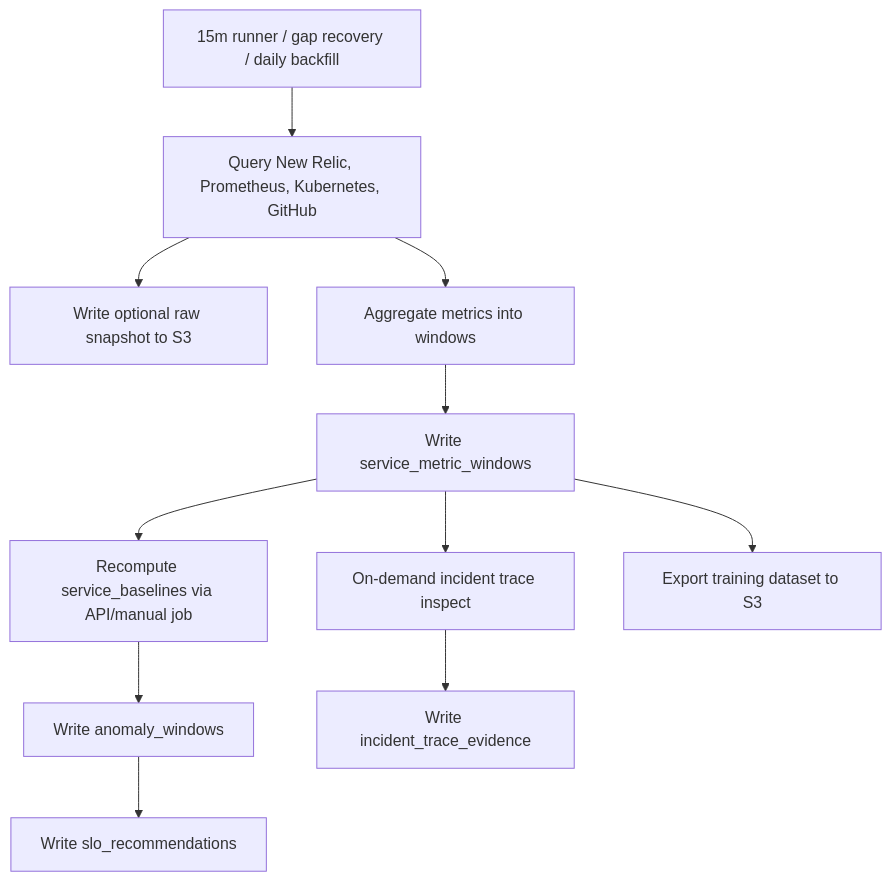
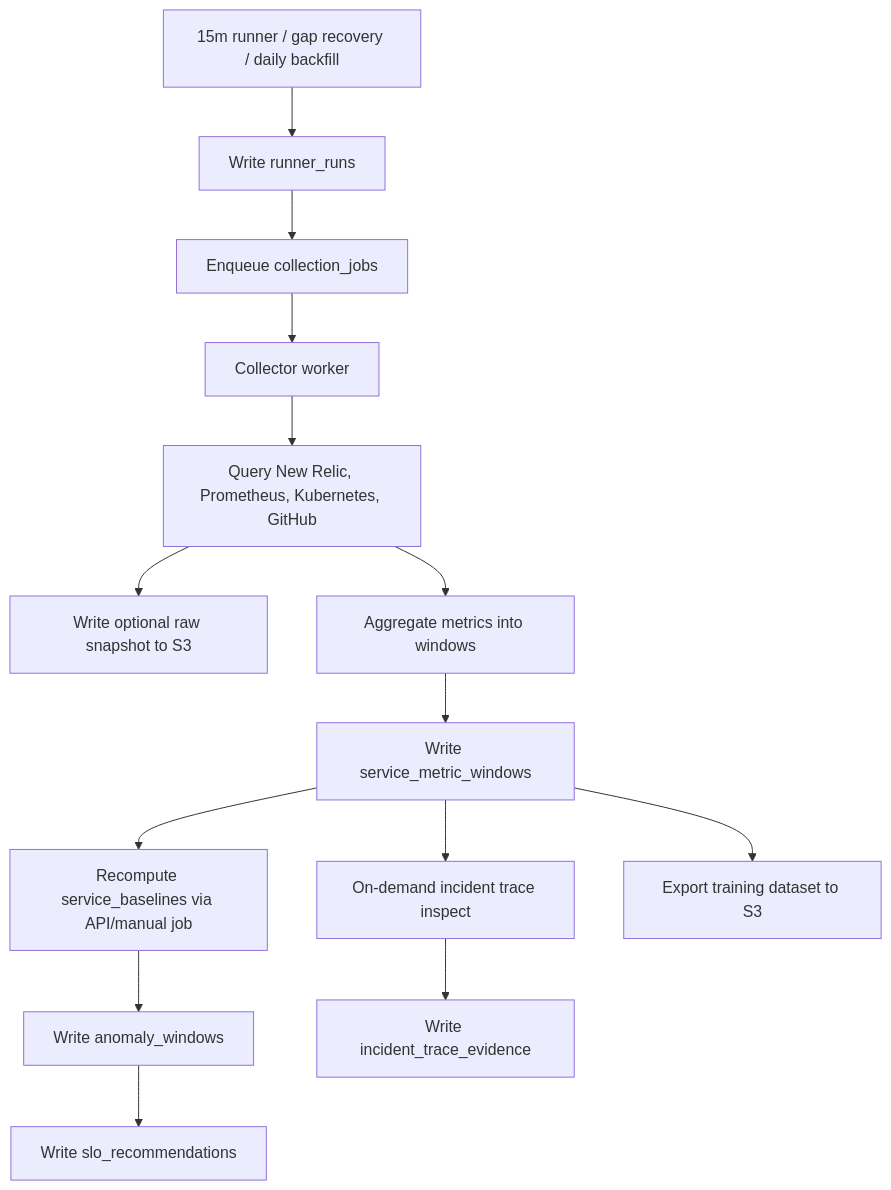
The diagram in docs/data-storage.md (Deraiven/sre-agent), drawn with Mermaid before and after one commit. The commit also changed other lines of this file and 13 other files, not shown here.

````diff
--- a/docs/data-storage.md
+++ b/docs/data-storage.md
@@ -236,13 +322,16 @@
 ```mermaid
 flowchart TD
-    Scheduler["15m runner / gap recovery / daily backfill"] --> Query["Query New Relic, Prometheus, Kubernetes, GitHub"]
+    Scheduler["15m runner / gap recovery / daily backfill"] --> RunAudit["Write runner_runs"]
+    RunAudit --> Queue["Enqueue collection_jobs"]
+    Queue --> Worker["Collector worker"]
+    Worker --> Query["Query New Relic, Prometheus, Kubernetes, GitHub"]
     Query --> Snapshot["Write optional raw snapshot to S3"]
     Query --> Aggregate["Aggregate metrics into windows"]
     Aggregate --> Postgres["Write service_metric_windows"]
     Postgres --> Baseline["Recompute service_baselines via API/manual job"]
     Baseline --> Label["Write anomaly_windows"]
     Label --> SLO["Write slo_recommendations"]
     Postgres --> Trace["On-demand incident trace inspect"]
     Trace --> TraceStore["Write incident_trace_evidence"]
     Postgres --> Export["Export training dataset to S3"]
 ```
````
